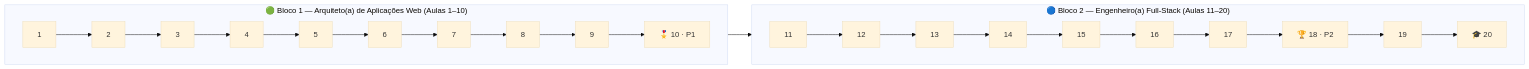
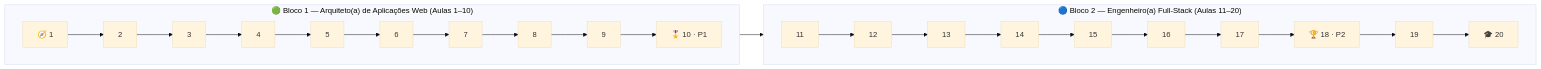
The diagram in docs/index.md (GTI-Fatec-Jahu/PI-GTI-2026-2), drawn with Mermaid (base theme) before and after one commit. The commit also changed other lines of this file and 2 other files, not shown here.

Commit message:
Adiciona Aula 01 — Introdução, Git e HTML5, com mapa mental, flashcards e quiz
Remodela o rascunho herdado com objetivos, mapa mental Mermaid, flashcards,
quiz de fixação e selo de conquista (Explorador(a) da Web), fatiando os
exemplos práticos de HTML em incrementos tag-a-tag. Corrige também o nome do
plugin mkdocs-quiz em mkdocs.yml, que estava desatualizado em relação à
versão instalada.

````diff
--- a/docs/index.md
+++ b/docs/index.md
@@ -65,12 +65,12 @@
 ```mermaid
 flowchart LR
     subgraph B1["🟢 Bloco 1 — Arquiteto(a) de Aplicações Web (Aulas 1–10)"]
         direction LR
-        A1["1"] --> A2["2"] --> A3["3"] --> A4["4"] --> A5["5"] --> A6["6"] --> A7["7"] --> A8["8"] --> A9["9"] --> A10["🎖️ 10 · P1"]
+        A1["🧭 1"] --> A2["2"] --> A3["3"] --> A4["4"] --> A5["5"] --> A6["6"] --> A7["7"] --> A8["8"] --> A9["9"] --> A10["🎖️ 10 · P1"]
     end
     subgraph B2["🔵 Bloco 2 — Engenheiro(a) Full-Stack (Aulas 11–20)"]
         direction LR
         A11["11"] --> A12["12"] --> A13["13"] --> A14["14"] --> A15["15"] --> A16["16"] --> A17["17"] --> A18["🏆 18 · P2"] --> A19["19"] --> A20["🎓 20"]
     end
     B1 --> B2
 ```
````
